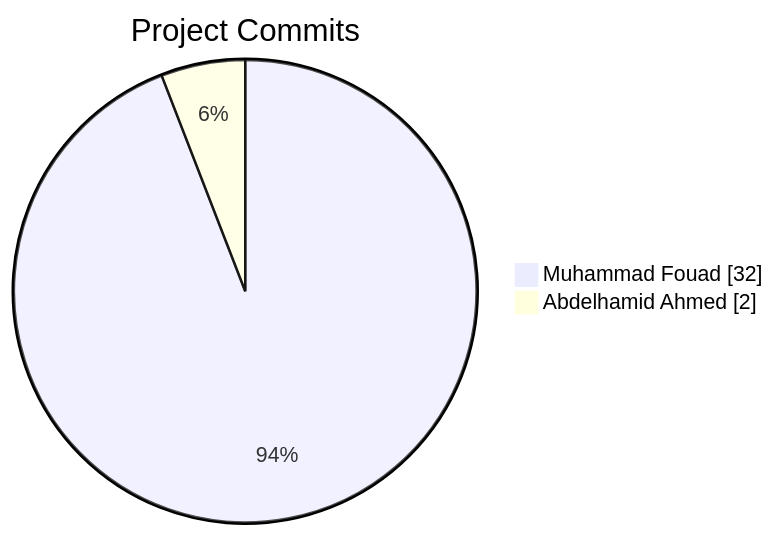
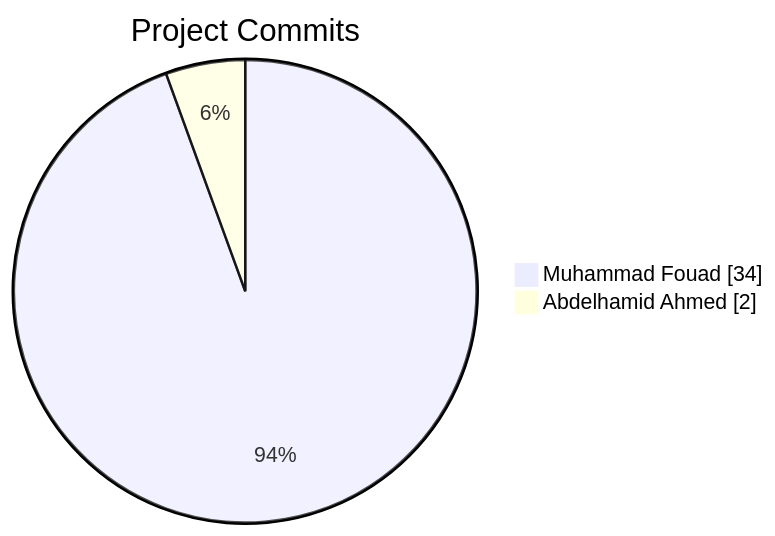
Before and after one commit to Abdelhamid-El-rashidy/Library_System: the diagram in README.md, drawn with Mermaid.

Commit message:
docs: update contributor stats [skip ci]

````diff
--- a/README.md
+++ b/README.md
@@ -11,6 +11,6 @@
 ```mermaid
 pie showData
     title Project Commits
-    "Muhammad Fouad" : 32
+    "Muhammad Fouad" : 34
     "Abdelhamid Ahmed" : 2
 ```
````
